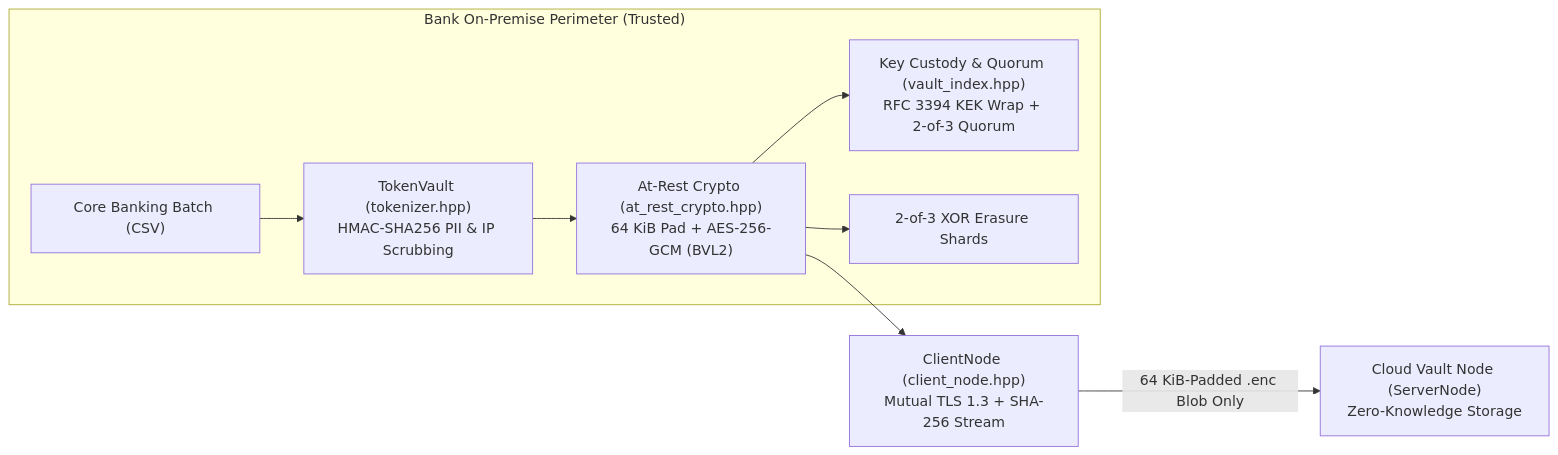
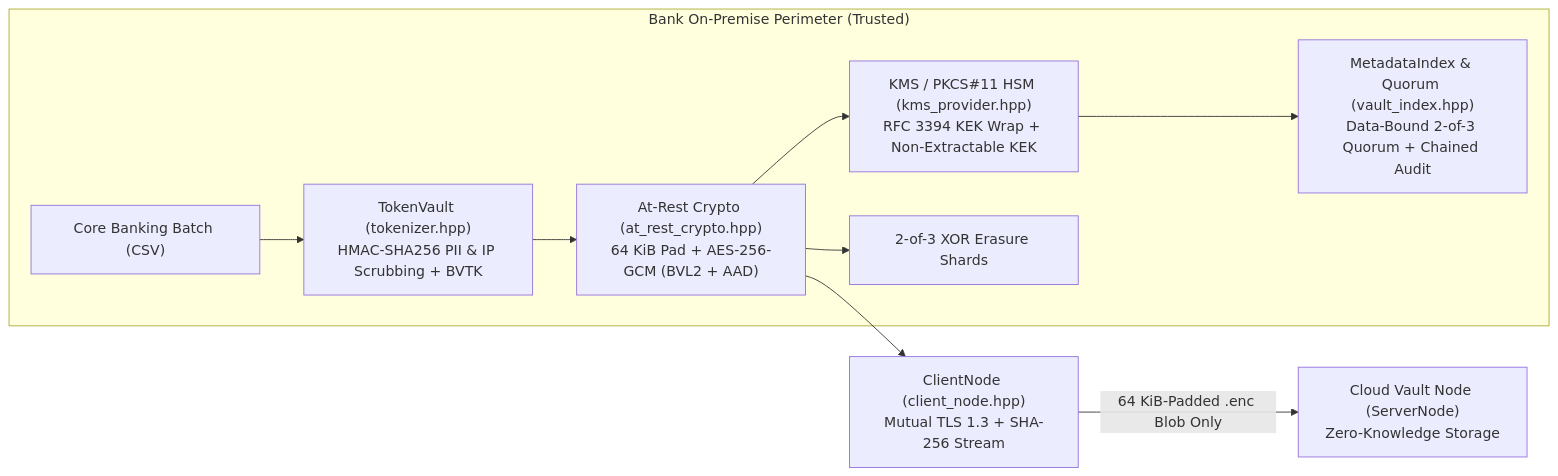
The diagram in README.md (OmarAhmedTHE25th/BlindVault), drawn with Mermaid before and after one commit. The commit also changed other lines of this file, not shown here.

````diff
--- a/README.md
+++ b/README.md
@@ -25,12 +26,13 @@
 ```mermaid
 flowchart LR
     subgraph Bank["Bank On-Premise Perimeter (Trusted)"]
-        Core["Core Banking Batch (CSV)"] --> Tok["TokenVault (tokenizer.hpp)<br/>HMAC-SHA256 PII & IP Scrubbing"]
-        Tok --> Enc["At-Rest Crypto (at_rest_crypto.hpp)<br/>64 KiB Pad + AES-256-GCM (BVL2)"]
-        Enc --> Wrap["Key Custody & Quorum (vault_index.hpp)<br/>RFC 3394 KEK Wrap + 2-of-3 Quorum"]
+        Core["Core Banking Batch (CSV)"] --> Tok["TokenVault (tokenizer.hpp)<br/>HMAC-SHA256 PII & IP Scrubbing + BVTK"]
+        Tok --> Enc["At-Rest Crypto (at_rest_crypto.hpp)<br/>64 KiB Pad + AES-256-GCM (BVL2 + AAD)"]
+        Enc --> KMS["KMS / PKCS#11 HSM (kms_provider.hpp)<br/>RFC 3394 KEK Wrap + Non-Extractable KEK"]
+        KMS --> Idx["MetadataIndex & Quorum (vault_index.hpp)<br/>Data-Bound 2-of-3 Quorum + Chained Audit"]
         Enc --> Shards["2-of-3 XOR Erasure Shards"]
     end
 
     Enc --> Client["ClientNode (client_node.hpp)<br/>Mutual TLS 1.3 + SHA-256 Stream"]
     Client -->|"64 KiB-Padded .enc Blob Only"| Cloud["Cloud Vault Node (ServerNode)<br/>Zero-Knowledge Storage"]
 ```
````
